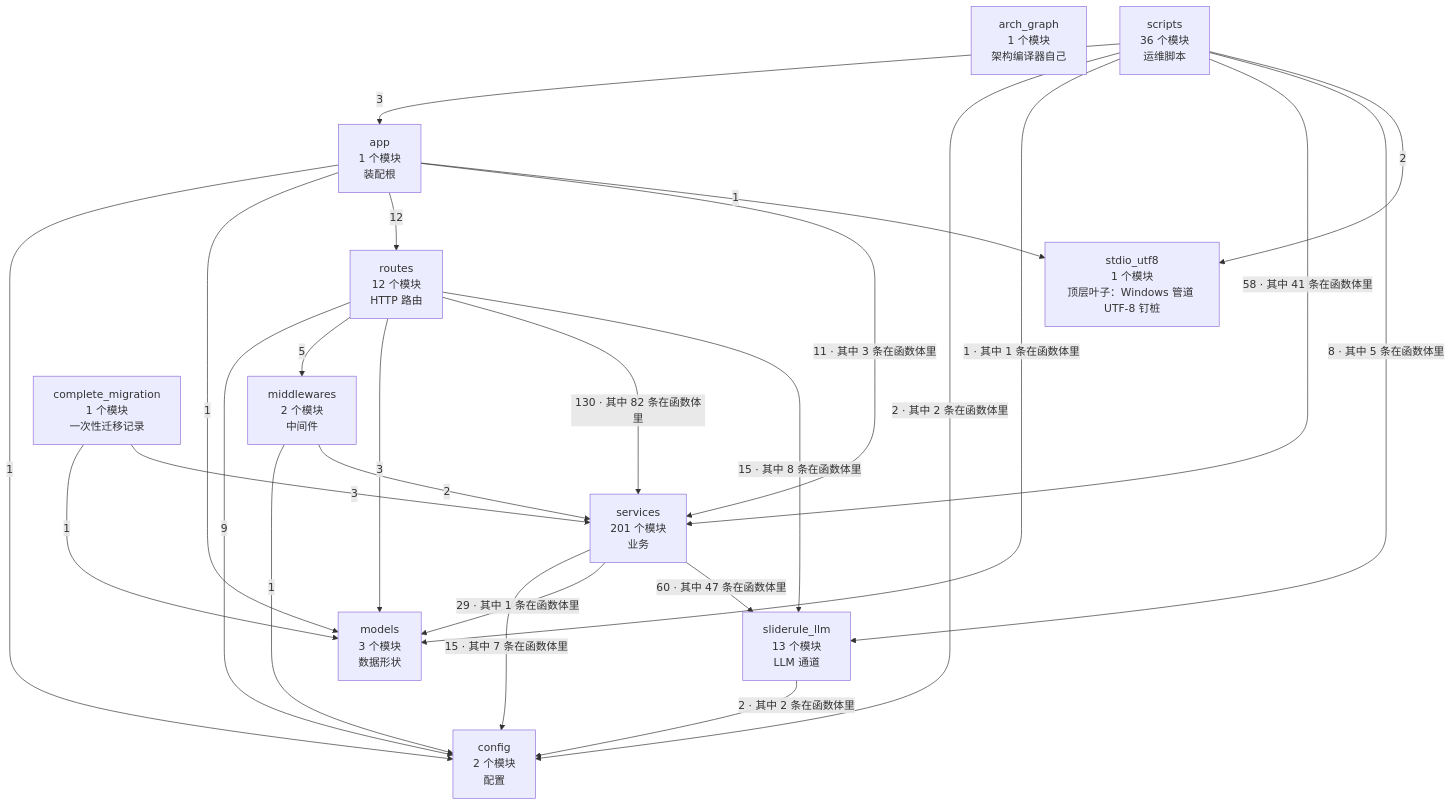
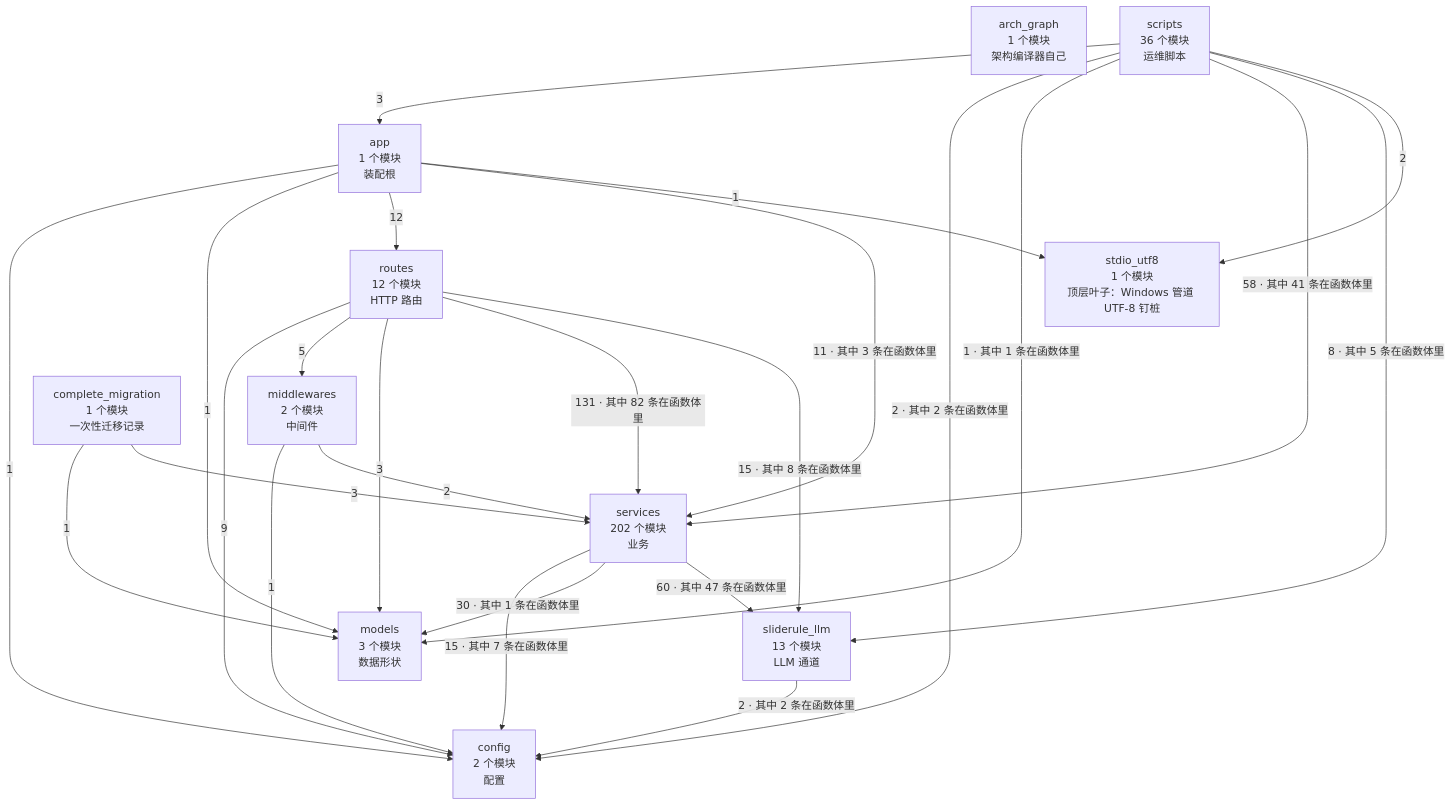
Before and after one commit to 2686521696/WhyBuddy: the first of 2 diagrams in docs/SlideRule V6.2 架构图（自动生成）.md, drawn with Mermaid. The commit also changed other lines of this file and 12 other files, not shown here.

````diff
--- a/docs/SlideRule V6.2 架构图（自动生成）.md
+++ b/docs/SlideRule V6.2 架构图（自动生成）.md
@@ -36,38 +36,38 @@
 ```mermaid
 flowchart TB
   arch_graph["arch_graph<br/>1 个模块<br/>架构编译器自己"]
   config["config<br/>2 个模块<br/>配置"]
   models["models<br/>3 个模块<br/>数据形状"]
   stdio_utf8["stdio_utf8<br/>1 个模块<br/>顶层叶子：Windows 管道 UTF-8 钉桩"]
   sliderule_llm["sliderule_llm<br/>13 个模块<br/>LLM 通道"]
   middlewares["middlewares<br/>2 个模块<br/>中间件"]
-  services["services<br/>201 个模块<br/>业务"]
+  services["services<br/>202 个模块<br/>业务"]
   routes["routes<br/>12 个模块<br/>HTTP 路由"]
   app["app<br/>1 个模块<br/>装配根"]
   complete_migration["complete_migration<br/>1 个模块<br/>一次性迁移记录"]
   scripts["scripts<br/>36 个模块<br/>运维脚本"]
   app -->|1| config
   app -->|1| models
   app -->|12| routes
   app -->|11 · 其中 3 条在函数体里| services
   app -->|1| stdio_utf8
   complete_migration -->|1| models
   complete_migration -->|3| services
   middlewares -->|1| config
   middlewares -->|2| services
   routes -->|9| config
   routes -->|5| middlewares
   routes -->|3| models
-  routes -->|130 · 其中 82 条在函数体里| services
+  routes -->|131 · 其中 82 条在函数体里| services
   routes -->|15 · 其中 8 条在函数体里| sliderule_llm
   scripts -->|3| app
   scripts -->|2 · 其中 2 条在函数体里| config
   scripts -->|1 · 其中 1 条在函数体里| models
   scripts -->|58 · 其中 41 条在函数体里| services
   scripts -->|8 · 其中 5 条在函数体里| sliderule_llm
   scripts -->|2| stdio_utf8
   services -->|15 · 其中 7 条在函数体里| config
-  services -->|29 · 其中 1 条在函数体里| models
+  services -->|30 · 其中 1 条在函数体里| models
   services -->|60 · 其中 47 条在函数体里| sliderule_llm
   sliderule_llm -->|2 · 其中 2 条在函数体里| config
 ```
````
